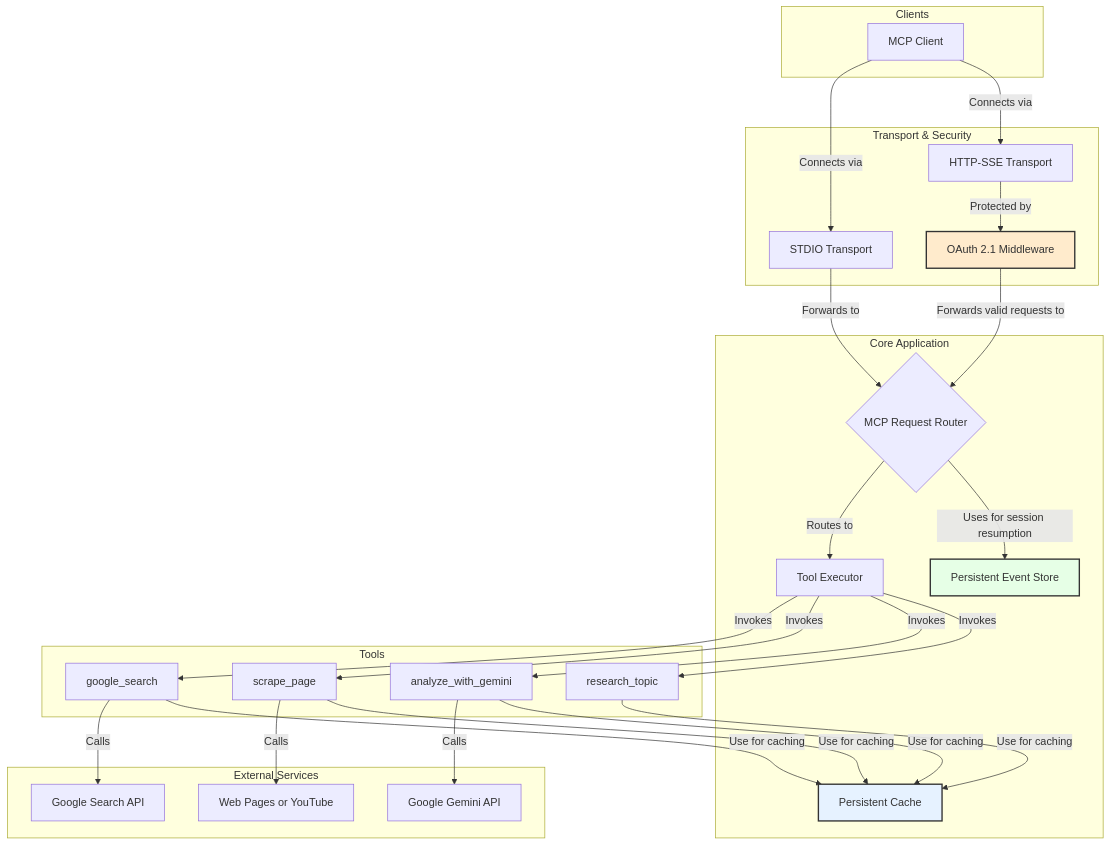
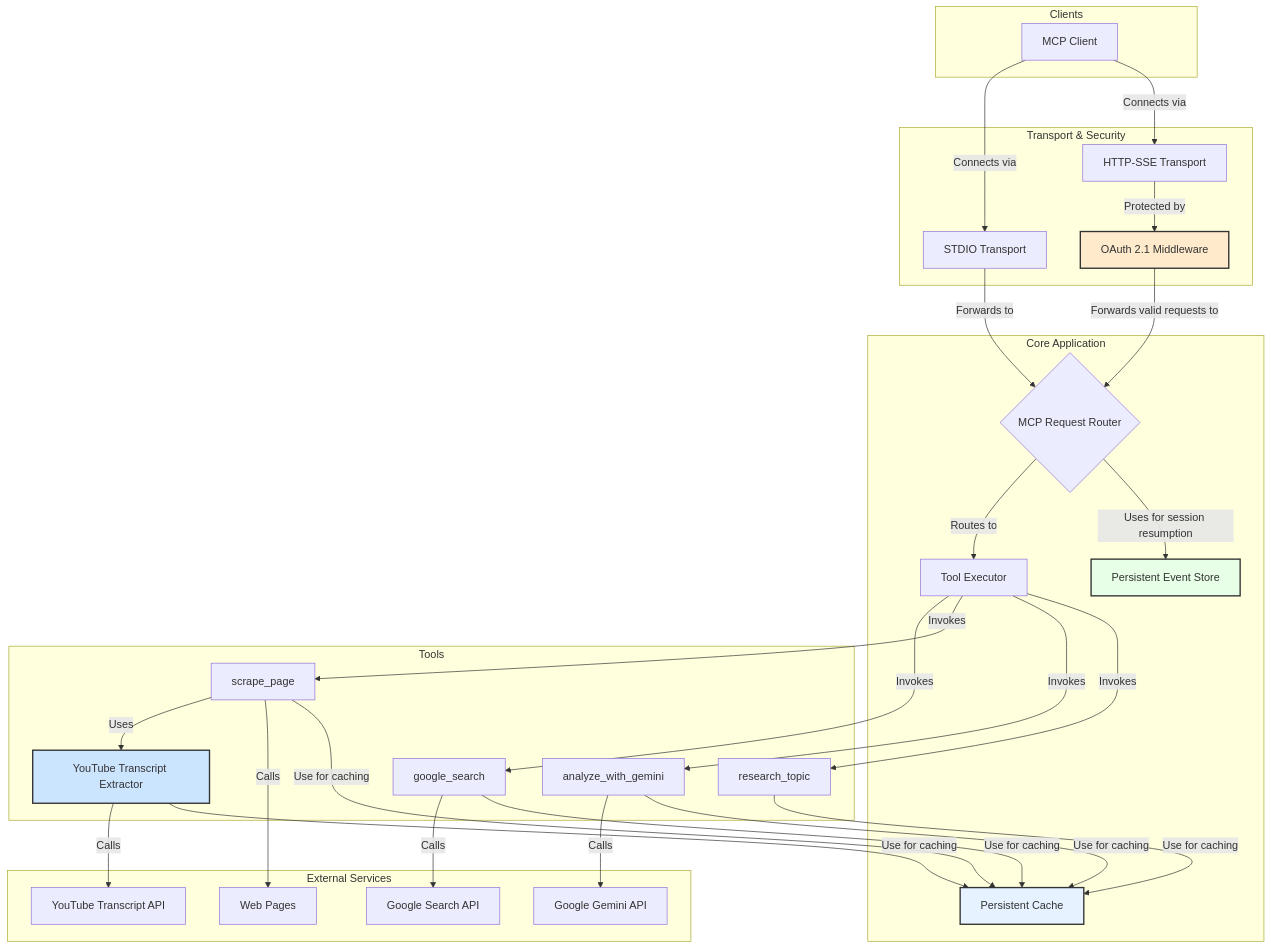
One commit to jimweller/google-research-mcp changed the diagram in docs/architecture/architecture.md. Above: the diagram before and after it, drawn with Mermaid. The commit also changed other lines of this file and 5 other files, not shown here.

First line of the commit message:
docs: comprehensive documentation update for YouTube transcript extraction

````diff
--- a/docs/architecture/architecture.md
+++ b/docs/architecture/architecture.md
@@ -46,56 +46,63 @@
 ```mermaid
 graph TD
     subgraph "Clients"
         A[MCP Client]
     end
 
     subgraph "Transport & Security"
         B[STDIO Transport]
         C[HTTP-SSE Transport]
         L[OAuth 2.1 Middleware]
     end
 
     subgraph "Core Application"
         D{MCP Request Router}
         E[Tool Executor]
         J[Persistent Cache]
         K[Persistent Event Store]
     end
 
     subgraph "Tools"
         F[google_search]
         G[scrape_page]
         H[analyze_with_gemini]
         I[research_topic]
+        YT[YouTube Transcript Extractor]
     end
 
     subgraph "External Services"
         M[Google Search API]
-        N[Web Pages or YouTube]
+        N[Web Pages]
         O[Google Gemini API]
+        P[YouTube Transcript API]
     end
 
     A -- Connects via --> B
     A -- Connects via --> C
 
     C -- Protected by --> L
     L -- Forwards valid requests to --> D
     B -- Forwards to --> D
 
     D -- Routes to --> E
     E -- Invokes --> F
     E -- Invokes --> G
     E -- Invokes --> H
     E -- Invokes --> I
 
+    G -- Uses --> YT
+
     F -- Calls --> M
     G -- Calls --> N
     H -- Calls --> O
+    YT -- Calls --> P
 
-    F & G & H & I -- Use for caching --> J
+    F & G & H & I & YT -- Use for caching --> J
     D -- Uses for session resumption --> K
+
+    style YT fill:#cce5ff,stroke:#333,stroke-width:2px
 
     style J fill:#e6f2ff,stroke:#333,stroke-width:2px
     style K fill:#e6ffe6,stroke:#333,stroke-width:2px
     style L fill:#ffebcc,stroke:#333,stroke-width:2px
 ```
````
